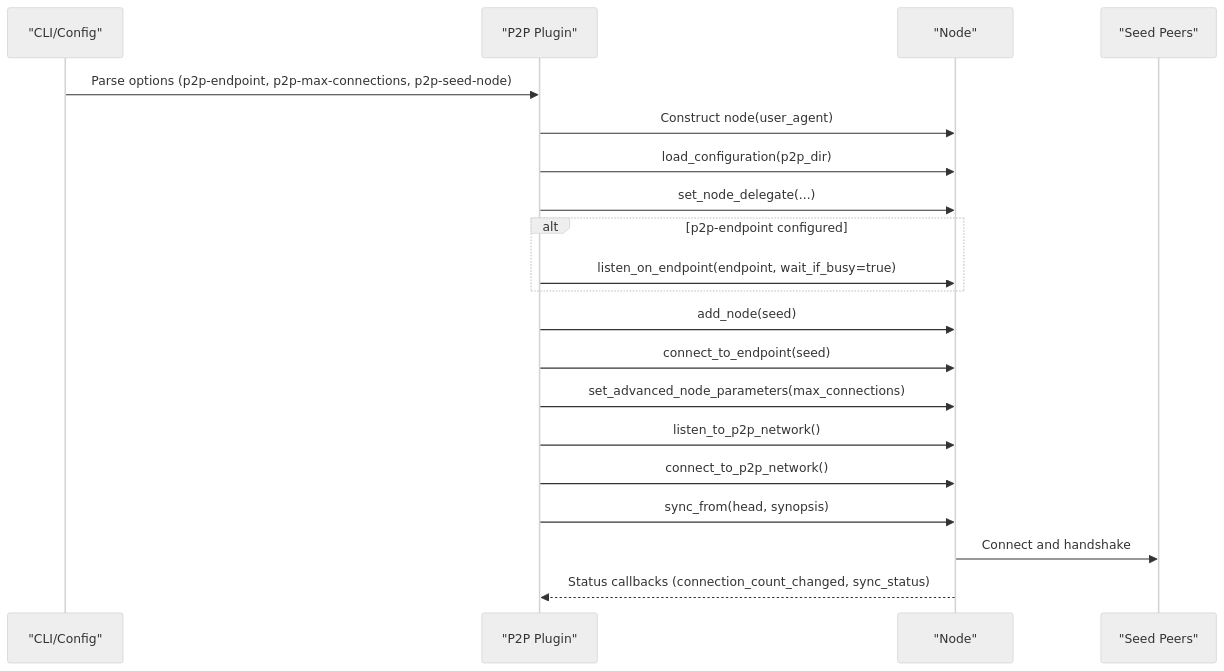
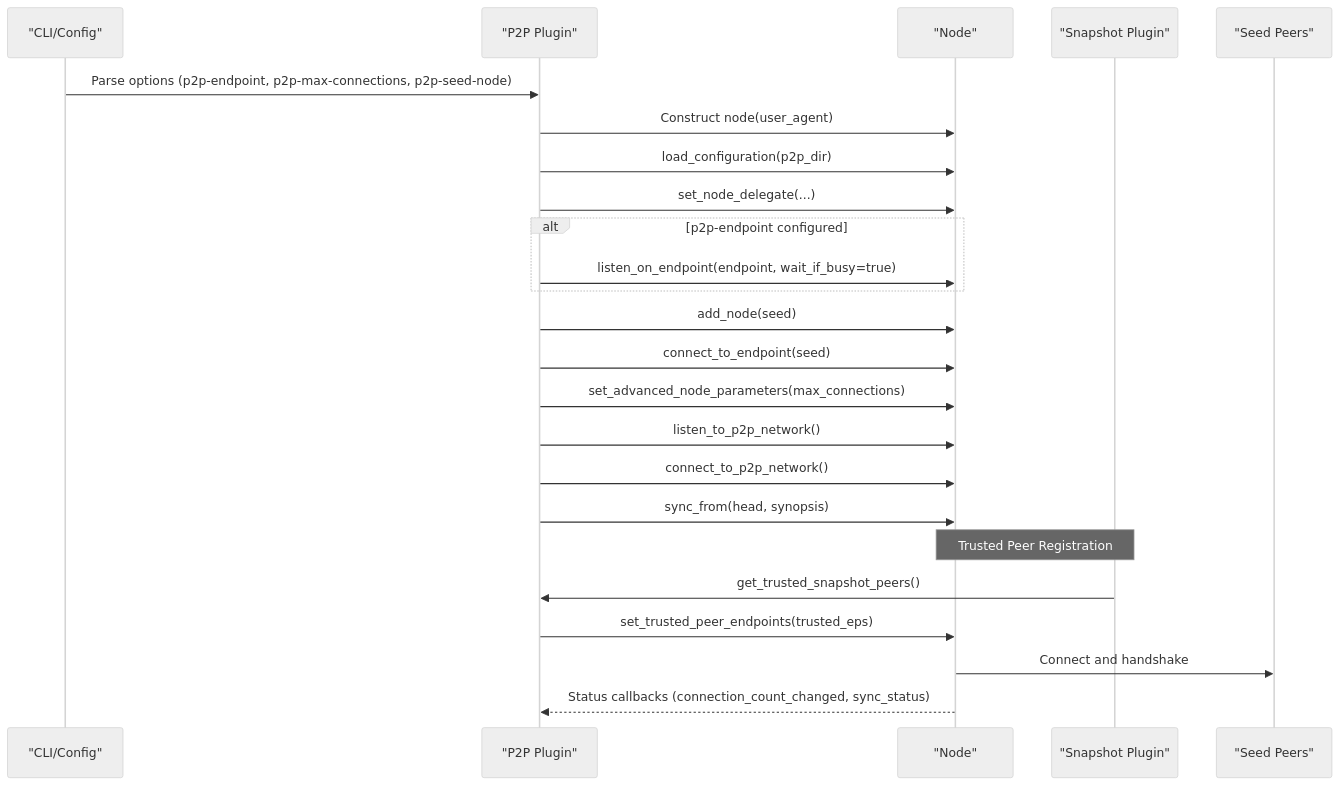
Before and after one commit to VIZ-Blockchain/viz-cpp-node: the second of 8 diagrams in .qoder/repowiki/en/content/Configuration Management/Network Configuration.md, drawn with Mermaid (neutral theme). The commit also changed other lines of this file and 4 other files, not shown here.

First line of the commit message:
docs(snapshot): update snapshot config with default dir and trusted peers

````diff
--- a/.qoder/repowiki/en/content/Configuration Management/Network Configuration.md
+++ b/.qoder/repowiki/en/content/Configuration Management/Network Configuration.md
@@ -121,22 +124,26 @@
 ```mermaid
 sequenceDiagram
 participant CLI as "CLI/Config"
 participant P2P as "P2P Plugin"
 participant Node as "Node"
+participant Snapshot as "Snapshot Plugin"
 participant Seed as "Seed Peers"
 CLI->>P2P : Parse options (p2p-endpoint, p2p-max-connections, p2p-seed-node)
 P2P->>Node : Construct node(user_agent)
 P2P->>Node : load_configuration(p2p_dir)
 P2P->>Node : set_node_delegate(...)
 alt p2p-endpoint configured
 P2P->>Node : listen_on_endpoint(endpoint, wait_if_busy=true)
 end
 P2P->>Node : add_node(seed)
 P2P->>Node : connect_to_endpoint(seed)
 P2P->>Node : set_advanced_node_parameters(max_connections)
 P2P->>Node : listen_to_p2p_network()
 P2P->>Node : connect_to_p2p_network()
 P2P->>Node : sync_from(head, synopsis)
+Note over Snapshot,Node : Trusted Peer Registration
+Snapshot->>P2P : get_trusted_snapshot_peers()
+P2P->>Node : set_trusted_peer_endpoints(trusted_eps)
 Node->>Seed : Connect and handshake
 Node-->>P2P : Status callbacks (connection_count_changed, sync_status)
 ```
````
